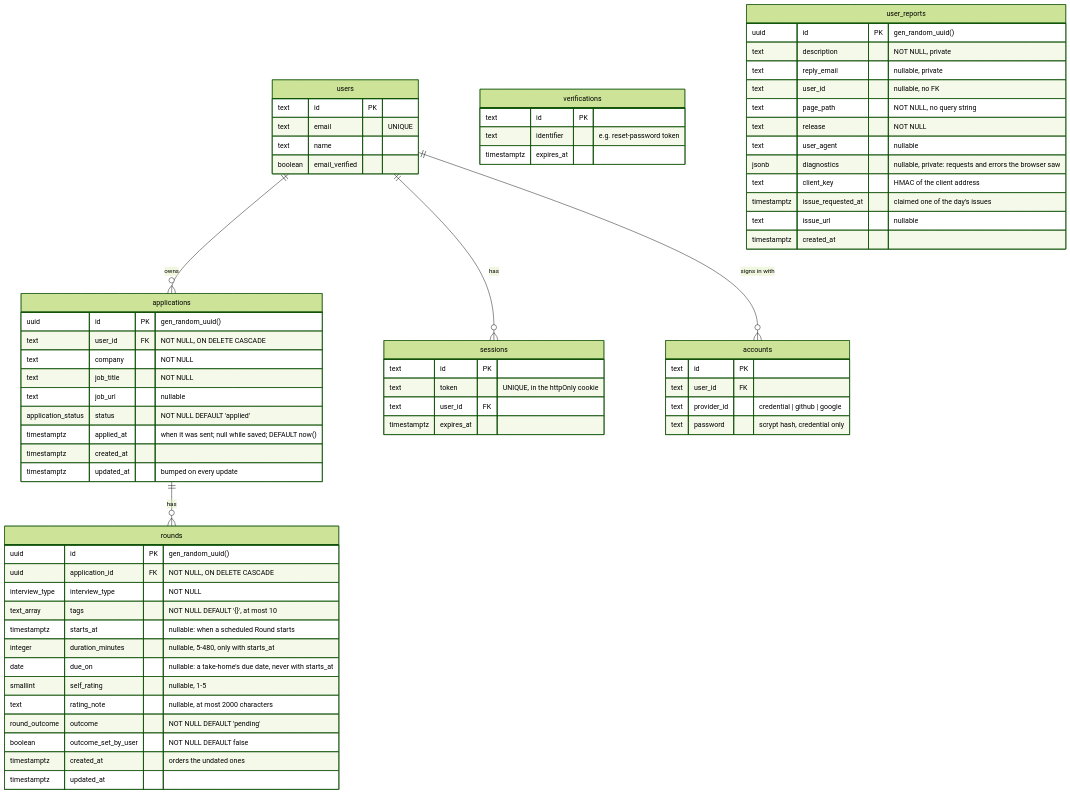
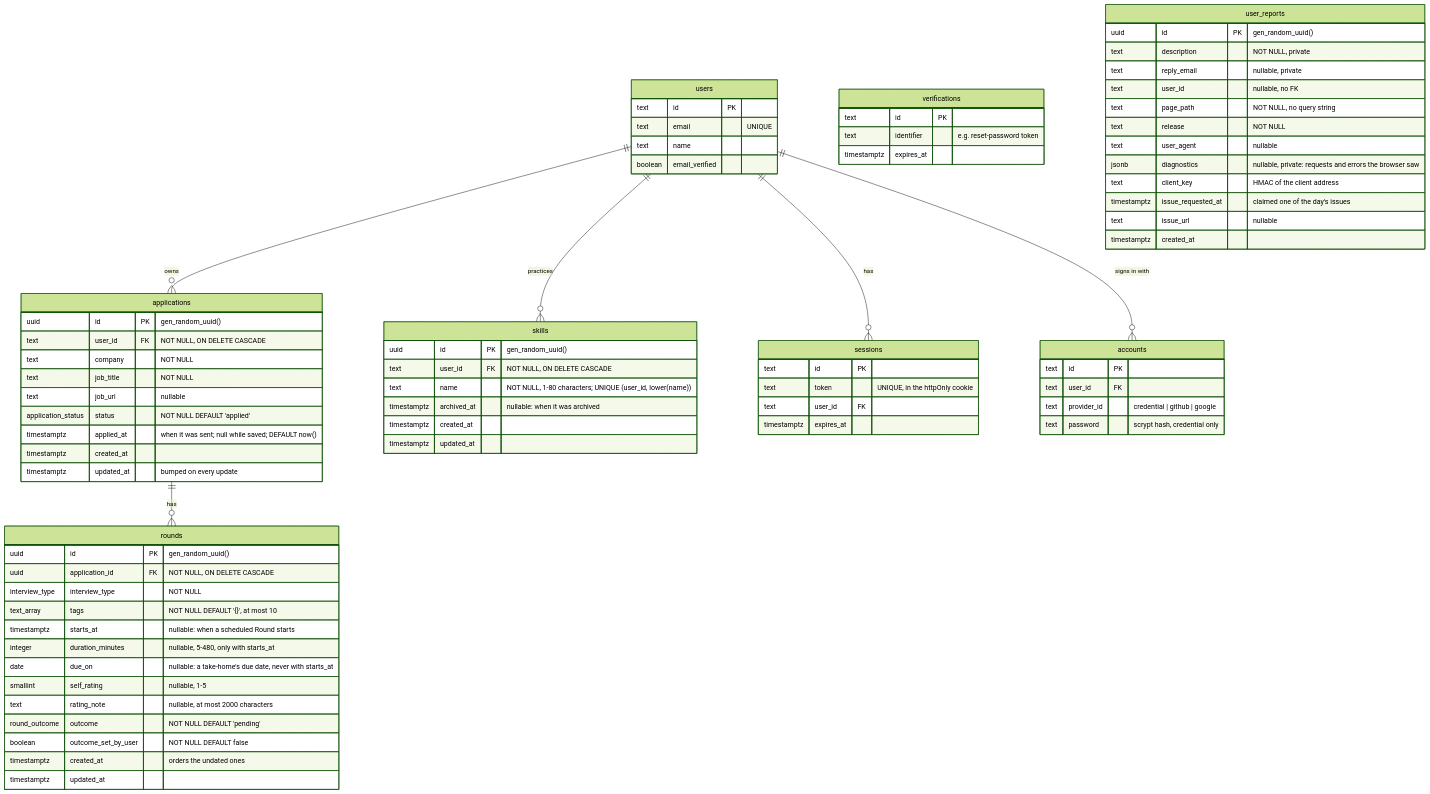
One commit to brianpatterson/roundtable changed the third of 8 diagrams in docs/architecture.md. Above: the diagram before and after it, drawn with Mermaid (forest theme). The commit also changed other lines of this file, not shown here.

Commit message:
docs: the personas module and skills table in the architecture

````diff
--- a/docs/architecture.md
+++ b/docs/architecture.md
@@ -249,70 +261,79 @@
 ```mermaid
 erDiagram
   users ||--o{ applications : owns
   applications ||--o{ rounds : has
+  users ||--o{ skills : practices
   users ||--o{ sessions : has
   users ||--o{ accounts : "signs in with"
   users {
     text id PK
     text email "UNIQUE"
     text name
     boolean email_verified
   }
   sessions {
     text id PK
     text token "UNIQUE, in the httpOnly cookie"
     text user_id FK
     timestamptz expires_at
   }
   accounts {
     text id PK
     text user_id FK
     text provider_id "credential | github | google"
     text password "scrypt hash, credential only"
   }
   verifications {
     text id PK
     text identifier "e.g. reset-password token"
     timestamptz expires_at
   }
   applications {
     uuid id PK "gen_random_uuid()"
     text user_id FK "NOT NULL, ON DELETE CASCADE"
     text company "NOT NULL"
     text job_title "NOT NULL"
     text job_url "nullable"
     application_status status "NOT NULL DEFAULT 'applied'"
     timestamptz applied_at "when it was sent; null while saved; DEFAULT now()"
     timestamptz created_at
     timestamptz updated_at "bumped on every update"
   }
   rounds {
     uuid id PK "gen_random_uuid()"
     uuid application_id FK "NOT NULL, ON DELETE CASCADE"
     interview_type interview_type "NOT NULL"
     text_array tags "NOT NULL DEFAULT '{}', at most 10"
     timestamptz starts_at "nullable: when a scheduled Round starts"
     integer duration_minutes "nullable, 5-480, only with starts_at"
     date due_on "nullable: a take-home's due date, never with starts_at"
     smallint self_rating "nullable, 1-5"
     text rating_note "nullable, at most 2000 characters"
     round_outcome outcome "NOT NULL DEFAULT 'pending'"
     boolean outcome_set_by_user "NOT NULL DEFAULT false"
     timestamptz created_at "orders the undated ones"
     timestamptz updated_at
   }
+  skills {
+    uuid id PK "gen_random_uuid()"
+    text user_id FK "NOT NULL, ON DELETE CASCADE"
+    text name "NOT NULL, 1-80 characters; UNIQUE (user_id, lower(name))"
+    timestamptz archived_at "nullable: when it was archived"
+    timestamptz created_at
+    timestamptz updated_at
+  }
   user_reports {
     uuid id PK "gen_random_uuid()"
     text description "NOT NULL, private"
     text reply_email "nullable, private"
     text user_id "nullable, no FK"
     text page_path "NOT NULL, no query string"
     text release "NOT NULL"
     text user_agent "nullable"
     jsonb diagnostics "nullable, private: requests and errors the browser saw"
     text client_key "HMAC of the client address"
     timestamptz issue_requested_at "claimed one of the day's issues"
     text issue_url "nullable"
     timestamptz created_at
   }
 ```
````
